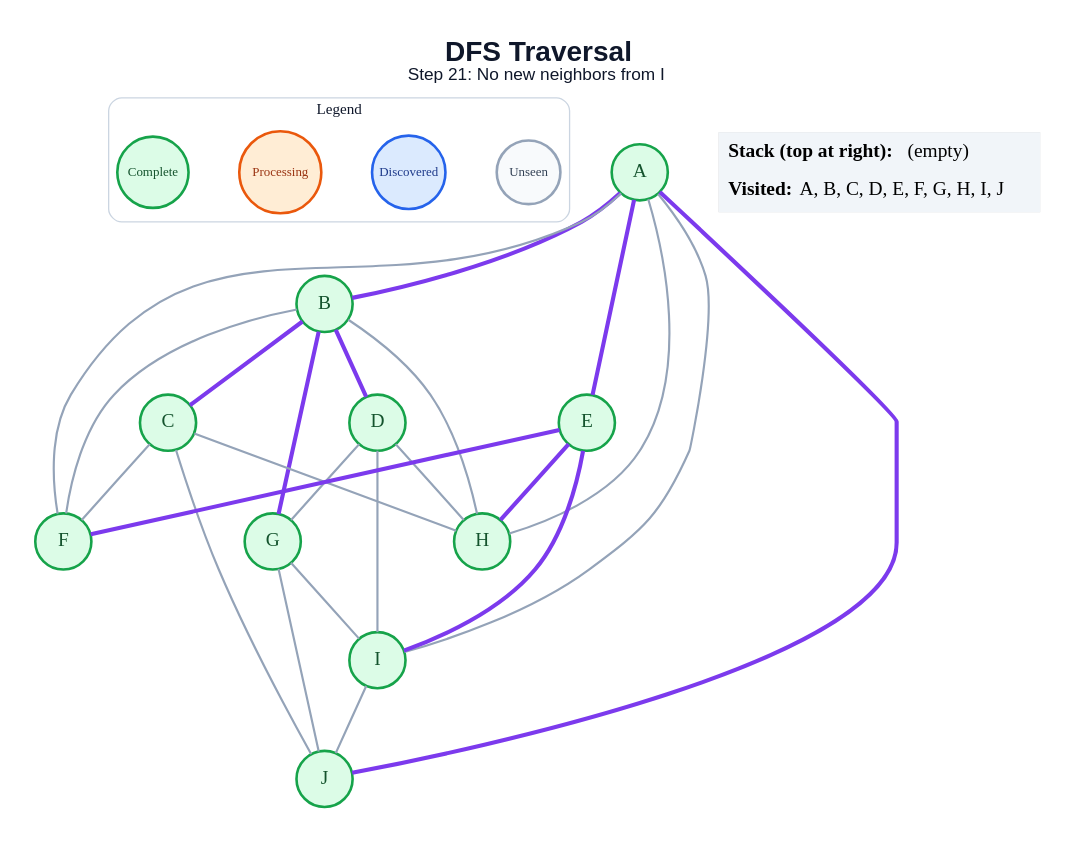
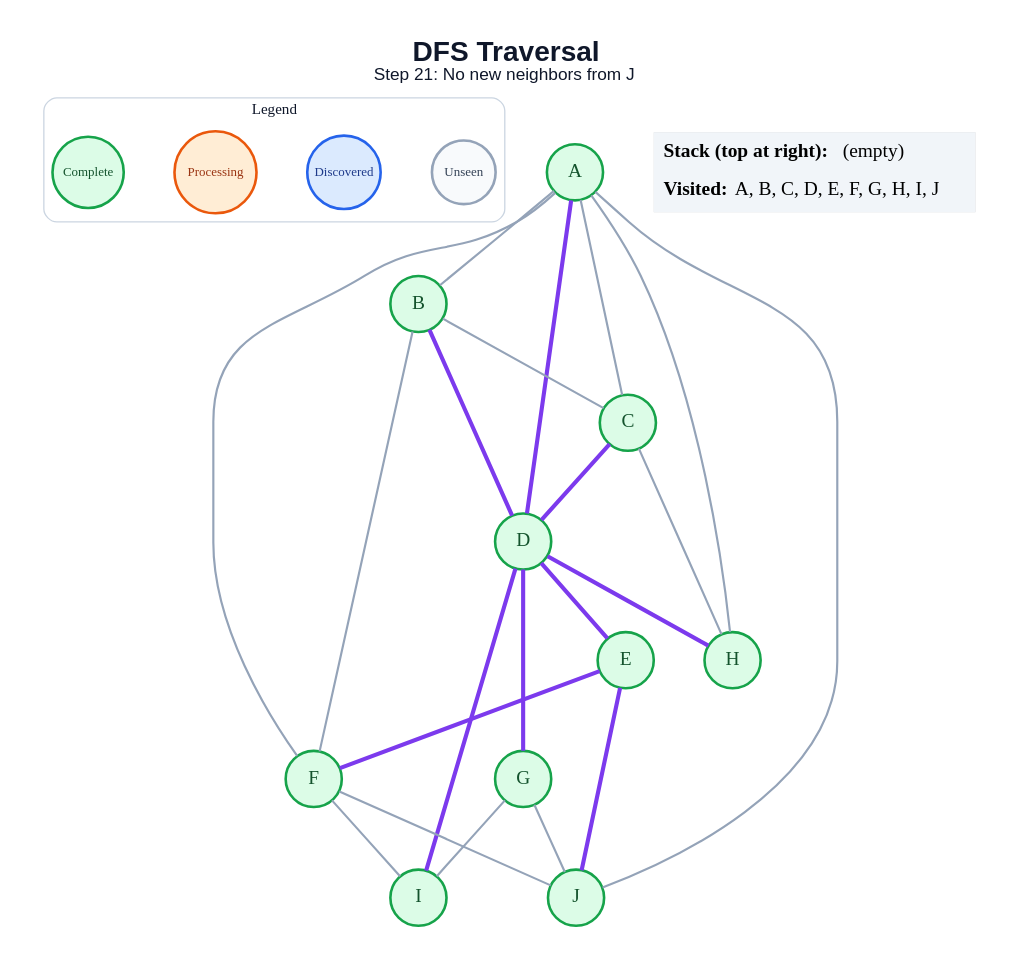
The diagram in generated/specific-node/dfs/step_21.dot (amanghodawala9/ai-slop), drawn with Graphviz before and after one commit. The commit also changed 178 other files, not shown here.

```diff
--- a/generated/specific-node/dfs/step_21.dot
+++ b/generated/specific-node/dfs/step_21.dot
@@ -1,52 +1,50 @@
 graph traversal {
   graph [layout=dot, rankdir=TB, bgcolor="#FFFFFF", pad="0.35", nodesep="0.65", ranksep="0.8", fontname="Arial"];
   node [shape=circle, style="filled", fontname="Arial Bold", fontsize=18, width=0.72, fixedsize=true, penwidth=2.4];
   edge [color="#94A3B8", penwidth=2.0];
-  label=<<B>DFS Traversal</B><BR/><FONT POINT-SIZE="16">Step 21: No new neighbors from I</FONT>>; labelloc="t"; fontsize=26; fontname="Arial"; fontcolor="#0F172A";
+  label=<<B>DFS Traversal</B><BR/><FONT POINT-SIZE="16">Step 21: No new neighbors from J</FONT>>; labelloc="t"; fontsize=26; fontname="Arial"; fontcolor="#0F172A";
   subgraph cluster_legend { label="Legend"; color="#CBD5E1"; penwidth=1.2; style="rounded"; fontsize=14; fontname="Arial Bold";
     key_unseen [label="Unseen", fillcolor="#F8FAFC", color="#94A3B8", fontcolor="#334155", fontsize=12, width=0.82];
     key_frontier [label="Discovered", fillcolor="#DBEAFE", color="#2563EB", fontcolor="#1E3A8A", fontsize=12, width=0.95];
     key_current [label="Processing", fillcolor="#FFEDD5", color="#EA580C", fontcolor="#9A3412", fontsize=12, width=1.05];
     key_done [label="Complete", fillcolor="#DCFCE7", color="#16A34A", fontcolor="#14532D", fontsize=12, width=0.92];
     { rank=same; key_unseen; key_frontier; key_current; key_done; }
   }
   A [fillcolor="#DCFCE7", color="#16A34A", fontcolor="#14532D"];
   B [fillcolor="#DCFCE7", color="#16A34A", fontcolor="#14532D"];
   C [fillcolor="#DCFCE7", color="#16A34A", fontcolor="#14532D"];
   D [fillcolor="#DCFCE7", color="#16A34A", fontcolor="#14532D"];
   E [fillcolor="#DCFCE7", color="#16A34A", fontcolor="#14532D"];
   F [fillcolor="#DCFCE7", color="#16A34A", fontcolor="#14532D"];
   G [fillcolor="#DCFCE7", color="#16A34A", fontcolor="#14532D"];
   H [fillcolor="#DCFCE7", color="#16A34A", fontcolor="#14532D"];
   I [fillcolor="#DCFCE7", color="#16A34A", fontcolor="#14532D"];
   J [fillcolor="#DCFCE7", color="#16A34A", fontcolor="#14532D"];
-  A -- B [color="#7C3AED", penwidth=3.8];
-  A -- E [color="#7C3AED", penwidth=3.8];
+  A -- B;
+  A -- C;
+  A -- D [color="#7C3AED", penwidth=3.8];
   A -- F;
   A -- H;
-  A -- I;
-  A -- J [color="#7C3AED", penwidth=3.8];
-  B -- C [color="#7C3AED", penwidth=3.8];
+  A -- J;
+  B -- C;
   B -- D [color="#7C3AED", penwidth=3.8];
   B -- F;
-  B -- G [color="#7C3AED", penwidth=3.8];
-  B -- H;
-  C -- F;
+  C -- D [color="#7C3AED", penwidth=3.8];
   C -- H;
-  C -- J;
-  D -- G;
-  D -- H;
-  D -- I;
+  D -- E [color="#7C3AED", penwidth=3.8];
+  D -- G [color="#7C3AED", penwidth=3.8];
+  D -- H [color="#7C3AED", penwidth=3.8];
+  D -- I [color="#7C3AED", penwidth=3.8];
   E -- F [color="#7C3AED", penwidth=3.8];
-  E -- H [color="#7C3AED", penwidth=3.8];
-  E -- I [color="#7C3AED", penwidth=3.8];
+  E -- J [color="#7C3AED", penwidth=3.8];
+  F -- I;
+  F -- J;
   G -- I;
   G -- J;
-  I -- J;
   status [shape=plain, fixedsize=false, width=0, height=0, margin=0, label=<
     <TABLE BORDER="0" CELLBORDER="0" CELLPADDING="7" BGCOLOR="#F1F5F9">
       <TR><TD ALIGN="LEFT"><B>Stack (top at right):</B> (empty)</TD></TR>
       <TR><TD ALIGN="LEFT"><B>Visited:</B> A, B, C, D, E, F, G, H, I, J</TD></TR>
     </TABLE>
   >];
 }
```
